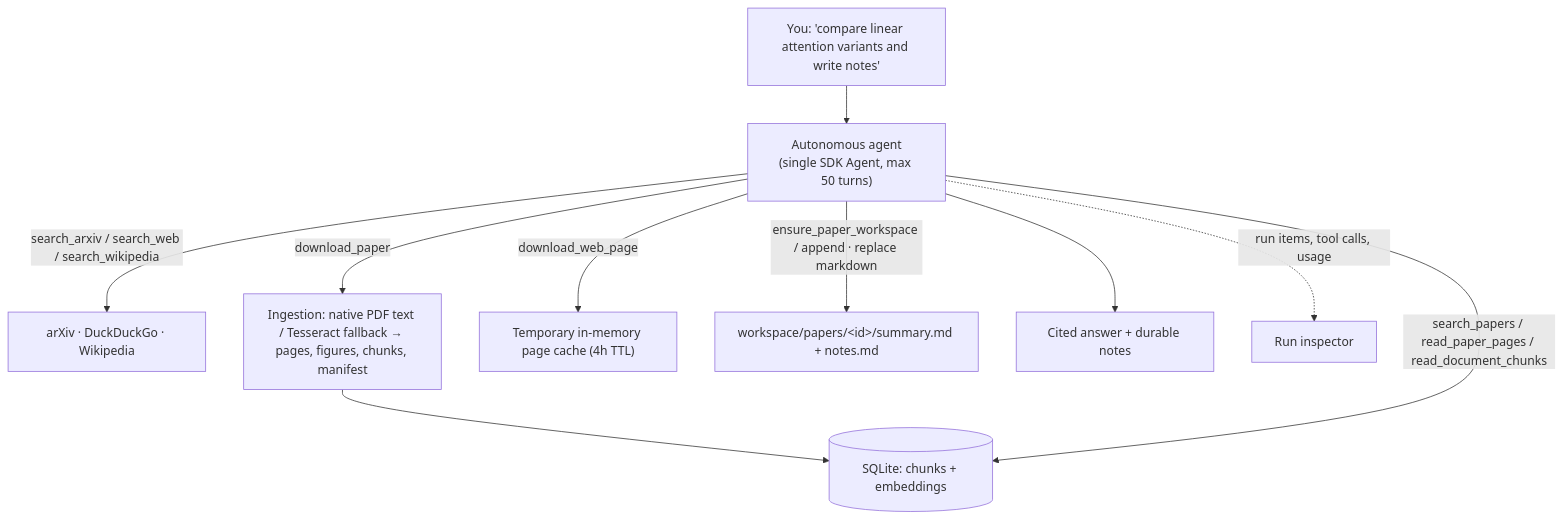
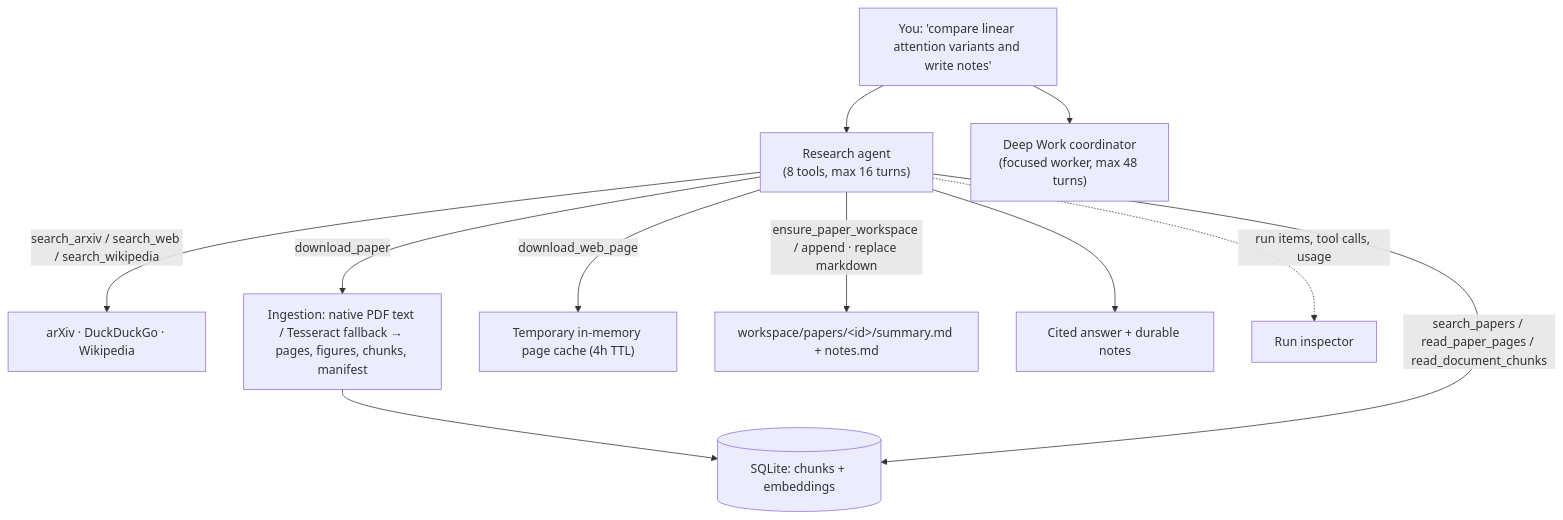
The first of 2 diagrams in README.md (giridharmunagala/scholarweave), drawn with Mermaid before and after one commit. The commit also changed other lines of this file and 94 other files, not shown here.

````diff
--- a/README.md
+++ b/README.md
@@ -91,12 +90,13 @@
 ```mermaid
 flowchart TD
-    U["You: 'compare linear attention variants and write notes'"] --> A["Autonomous agent<br/>(single SDK Agent, max 50 turns)"]
+    U["You: 'compare linear attention variants and write notes'"] --> A["Research agent<br/>(8 tools, max 16 turns)"]
+    U --> D["Deep Work coordinator<br/>(focused worker, max 48 turns)"]
     A -->|search_arxiv / search_web / search_wikipedia| EXT["arXiv · DuckDuckGo · Wikipedia"]
     A -->|download_paper| ING["Ingestion: native PDF text / Tesseract fallback → pages, figures, chunks, manifest"]
     A -->|download_web_page| TMP["Temporary in-memory page cache (4h TTL)"]
     ING --> IDX[("SQLite: chunks + embeddings")]
     A -->|search_papers / read_paper_pages / read_document_chunks| IDX
     A -->|ensure_paper_workspace / append · replace markdown| WS["workspace/papers/&lt;id&gt;/summary.md + notes.md"]
     A --> OUT["Cited answer + durable notes"]
     A -.->|run items, tool calls, usage| RUNS["Run inspector"]
 ```
````
